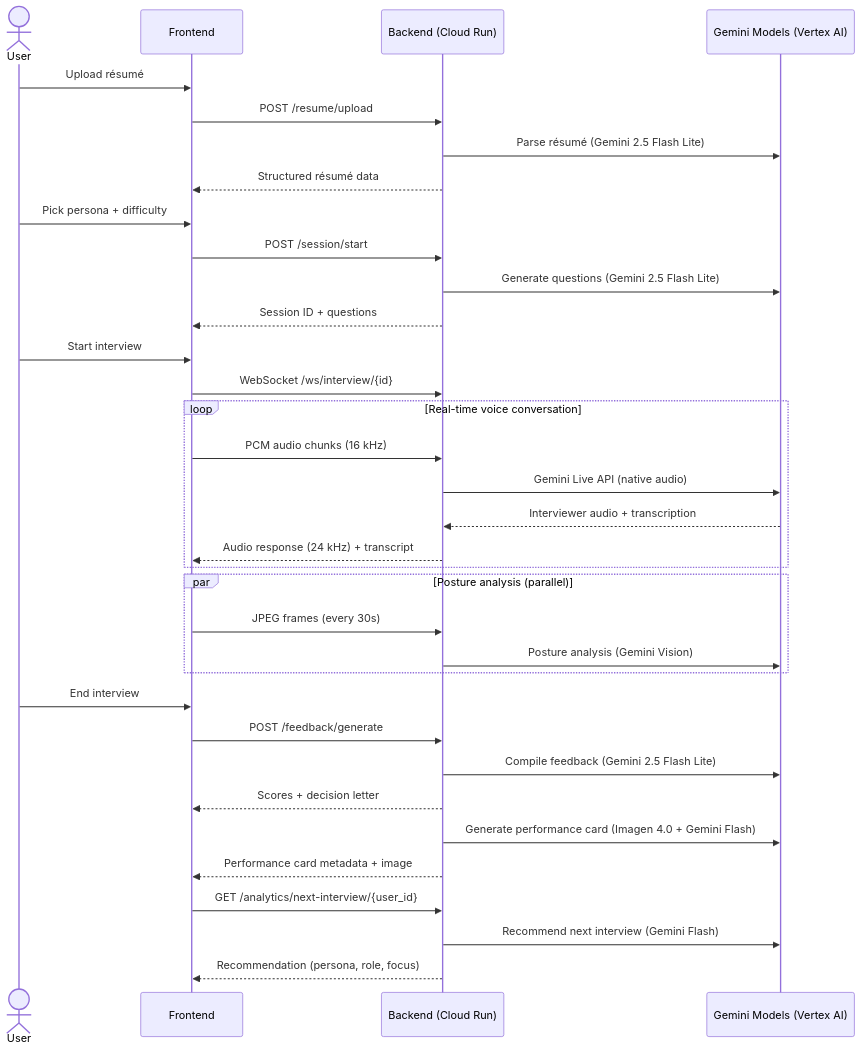
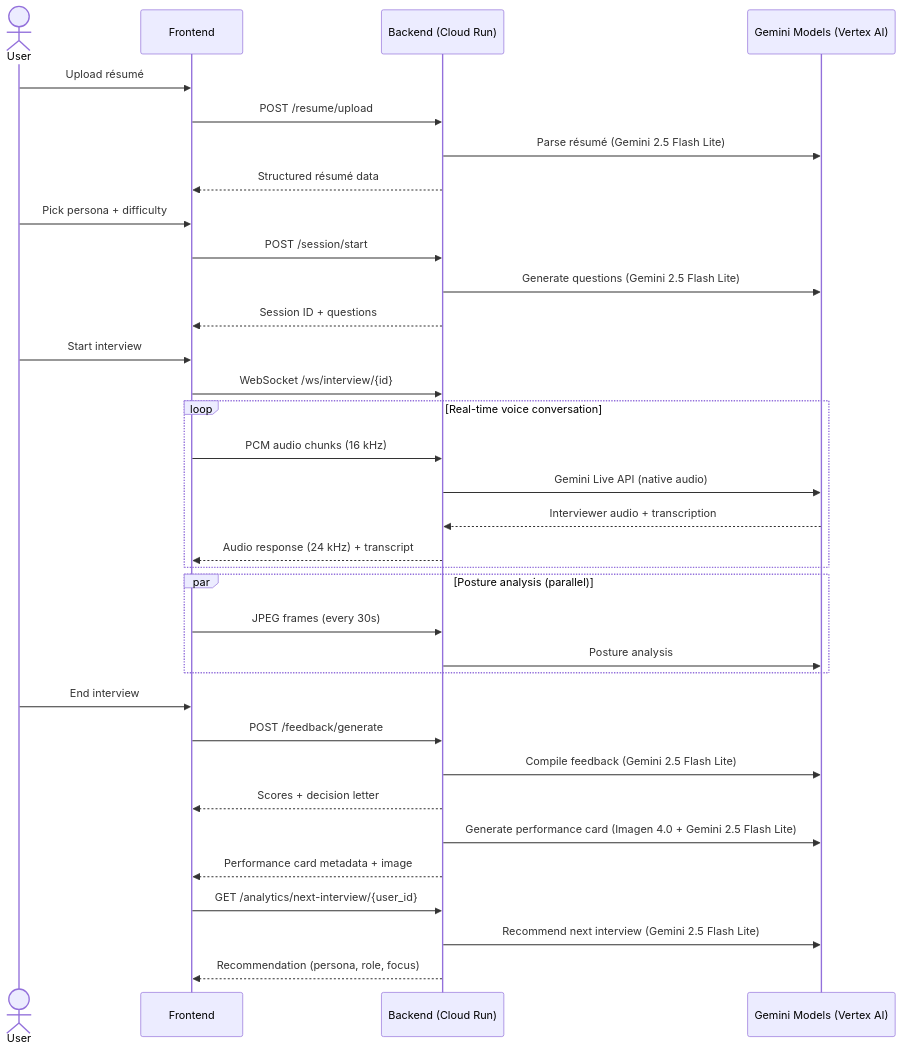
The second of 3 diagrams in README.md (mockmate-app/mockmate), drawn with Mermaid before and after one commit. The commit also changed other lines of this file and 3 other files, not shown here.

````diff
--- a/README.md
+++ b/README.md
@@ -149,43 +149,43 @@
 ```mermaid
 sequenceDiagram
     actor User
     participant FE as Frontend
     participant BE as Backend (Cloud Run)
     participant Gemini as Gemini Models (Vertex AI)
 
     User->>FE: Upload résumé
     FE->>BE: POST /resume/upload
     BE->>Gemini: Parse résumé (Gemini 2.5 Flash Lite)
     BE-->>FE: Structured résumé data
 
     User->>FE: Pick persona + difficulty
     FE->>BE: POST /session/start
     BE->>Gemini: Generate questions (Gemini 2.5 Flash Lite)
     BE-->>FE: Session ID + questions
 
     User->>FE: Start interview
     FE->>BE: WebSocket /ws/interview/{id}
     loop Real-time voice conversation
         FE->>BE: PCM audio chunks (16 kHz)
         BE->>Gemini: Gemini Live API (native audio)
         Gemini-->>BE: Interviewer audio + transcription
         BE-->>FE: Audio response (24 kHz) + transcript
     end
 
     par Posture analysis (parallel)
         FE->>BE: JPEG frames (every 30s)
-        BE->>Gemini: Posture analysis (Gemini Vision)
+        BE->>Gemini: Posture analysis
     end
 
     User->>FE: End interview
     FE->>BE: POST /feedback/generate
     BE->>Gemini: Compile feedback (Gemini 2.5 Flash Lite)
     BE-->>FE: Scores + decision letter
 
-    BE->>Gemini: Generate performance card (Imagen 4.0 + Gemini Flash)
+    BE->>Gemini: Generate performance card (Imagen 4.0 + Gemini 2.5 Flash Lite)
     BE-->>FE: Performance card metadata + image
 
     FE->>BE: GET /analytics/next-interview/{user_id}
-    BE->>Gemini: Recommend next interview (Gemini Flash)
+    BE->>Gemini: Recommend next interview (Gemini 2.5 Flash Lite)
     BE-->>FE: Recommendation (persona, role, focus)
 ```
````
